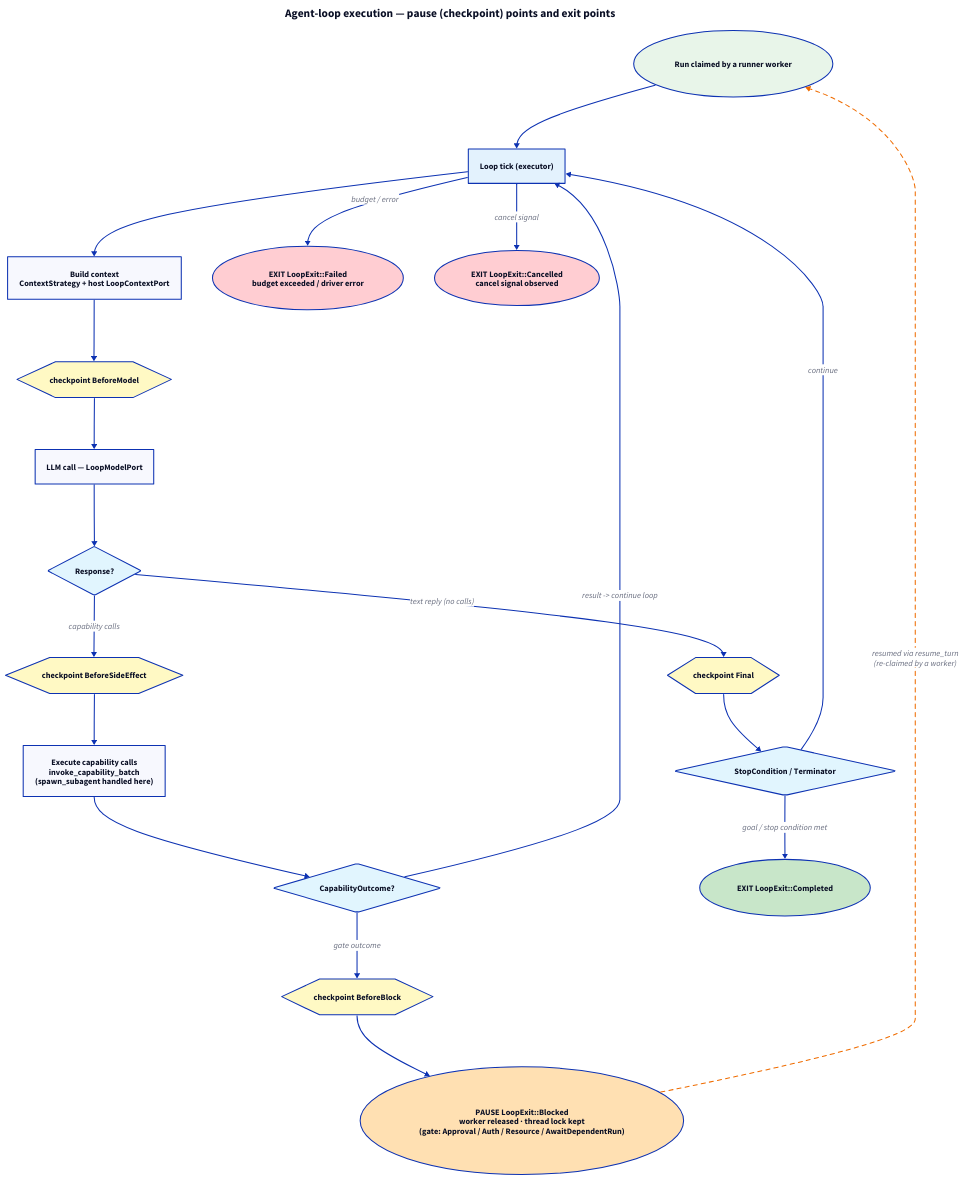
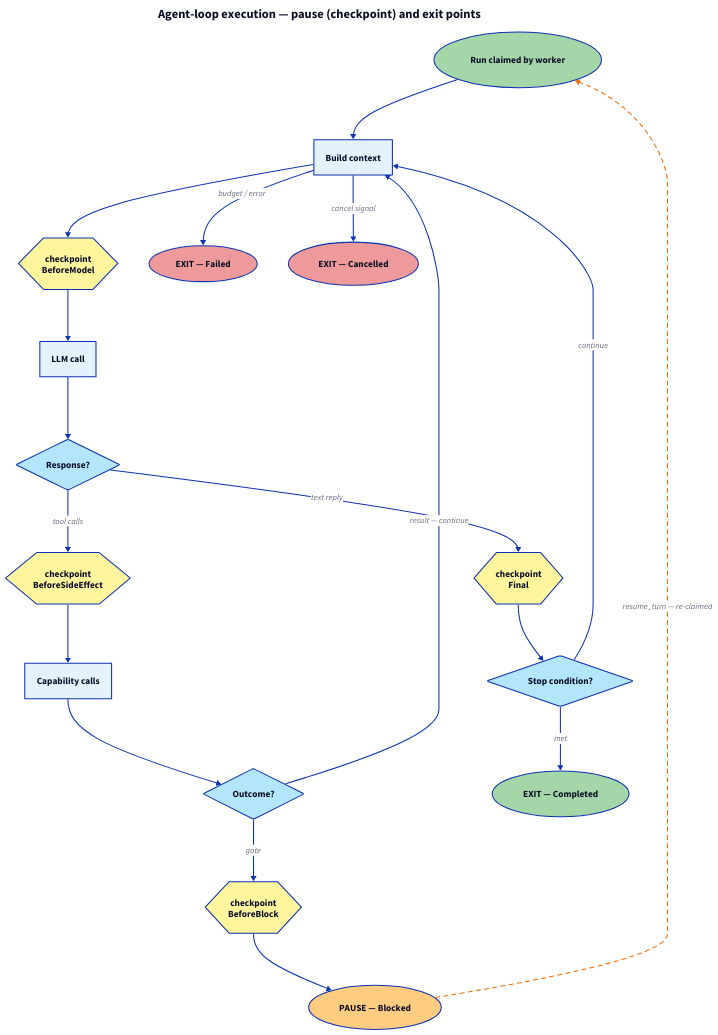
Before and after one commit to nearai/ironclaw: the diagram in docs/reborn/subagent-spawn/diagrams/loop-execution.d2, drawn with D2. The commit also changed 3 other files, not shown here.

First line of the commit message:
docs(reborn): re-render loop-execution and blocking-lifecycle with ELK

```diff
--- a/docs/reborn/subagent-spawn/diagrams/loop-execution.d2
+++ b/docs/reborn/subagent-spawn/diagrams/loop-execution.d2
@@ -1,87 +1,79 @@
-# Agent-loop execution — checkpoint (pause) and exit points. Render: d2 loop-execution.d2 loop-execution.svg
+# Agent-loop execution — checkpoint (pause) and exit points. Render: d2 --layout elk loop-execution.d2 loop-execution.svg
 direction: down
 
-title: "Agent-loop execution — pause (checkpoint) points and exit points" {
+classes: {
+  checkpoint: {
+    shape: hexagon
+    style.fill: "#fff59d"
+    style.font-size: 18
+  }
+  decision: {
+    shape: diamond
+    style.fill: "#b3e5fc"
+    style.font-size: 18
+  }
+  step: {
+    style.fill: "#e3f2fd"
+    style.font-size: 18
+  }
+  exitok: {
+    shape: oval
+    style.fill: "#a5d6a7"
+    style.font-size: 18
+  }
+  exitpause: {
+    shape: oval
+    style.fill: "#ffcc80"
+    style.font-size: 18
+  }
+  exitbad: {
+    shape: oval
+    style.fill: "#ef9a9a"
+    style.font-size: 18
+  }
+}
+
+title: "Agent-loop execution — pause (checkpoint) and exit points" {
   near: top-center
   shape: text
-  style.font-size: 22
+  style.font-size: 24
   style.bold: true
 }
 
-start: "Run claimed by a runner worker" {
-  shape: oval
-  style.fill: "#e8f5e9"
+start: "Run claimed by worker" {class: exitok}
+ctx: "Build context" {class: step}
+cpm: "checkpoint\nBeforeModel" {class: checkpoint}
+model: "LLM call" {class: step}
+resp: "Response?" {class: decision}
+cps: "checkpoint\nBeforeSideEffect" {class: checkpoint}
+caps: "Capability calls" {class: step}
+out: "Outcome?" {class: decision}
+cpb: "checkpoint\nBeforeBlock" {class: checkpoint}
+stop: "Stop condition?" {class: decision}
+cpf: "checkpoint\nFinal" {class: checkpoint}
+
+done: "EXIT — Completed" {class: exitok}
+blocked: "PAUSE — Blocked" {class: exitpause}
+failed: "EXIT — Failed" {class: exitbad}
+cancelled: "EXIT — Cancelled" {class: exitbad}
+
+start -> ctx
+ctx -> cpm
+cpm -> model
+model -> resp
+resp -> cpf: "text reply"
+resp -> cps: "tool calls"
+cps -> caps
+caps -> out
+out -> ctx: "result — continue"
+out -> cpb: "gate"
+cpb -> blocked
+cpf -> stop
+stop -> done: "met"
+stop -> ctx: "continue"
+ctx -> failed: "budget / error"
+ctx -> cancelled: "cancel signal"
+blocked -> start: "resume_turn — re-claimed" {
+  style.stroke: "#ef6c00"
+  style.stroke-dash: 4
 }
-tick: "Loop tick (executor)" {
-  style.fill: "#e3f2fd"
-}
-ctx: "Build context\nContextStrategy + host LoopContextPort"
-cp_model: "checkpoint BeforeModel" {
-  shape: hexagon
-  style.fill: "#fff9c4"
-}
-model: "LLM call — LoopModelPort"
-decide: "Response?" {
-  shape: diamond
-  style.fill: "#e1f5fe"
-}
-cp_side: "checkpoint BeforeSideEffect" {
-  shape: hexagon
-  style.fill: "#fff9c4"
-}
-caps: "Execute capability calls\ninvoke_capability_batch\n(spawn_subagent handled here)"
-outcome: "CapabilityOutcome?" {
-  shape: diamond
-  style.fill: "#e1f5fe"
-}
-cp_block: "checkpoint BeforeBlock" {
-  shape: hexagon
-  style.fill: "#fff9c4"
-}
-term: "StopCondition / Terminator" {
-  shape: diamond
-  style.fill: "#e1f5fe"
-}
-cp_final: "checkpoint Final" {
-  shape: hexagon
-  style.fill: "#fff9c4"
-}
-
-exit_done: "EXIT  LoopExit::Completed" {
-  shape: oval
-  style.fill: "#c8e6c9"
-}
-exit_block: "PAUSE  LoopExit::Blocked\nworker released · thread lock kept\n(gate: Approval / Auth / Resource / AwaitDependentRun)" {
-  shape: oval
-  style.fill: "#ffe0b2"
-}
-exit_fail: "EXIT  LoopExit::Failed\nbudget exceeded / driver error" {
-  shape: oval
-  style.fill: "#ffcdd2"
-}
-exit_cancel: "EXIT  LoopExit::Cancelled\ncancel signal observed" {
-  shape: oval
-  style.fill: "#ffcdd2"
-}
-
-start -> tick
-tick -> ctx
-ctx -> cp_model
-cp_model -> model
-model -> decide
-decide -> cp_final: "text reply (no calls)"
-decide -> cp_side: "capability calls"
-cp_side -> caps
-caps -> outcome
-outcome -> tick: "result -> continue loop"
-outcome -> cp_block: "gate outcome"
-cp_block -> exit_block
-cp_final -> term
-term -> exit_done: "goal / stop condition met"
-term -> tick: "continue"
-tick -> exit_fail: "budget / error"
-tick -> exit_cancel: "cancel signal"
-exit_block -> start: "resumed via resume_turn\n(re-claimed by a worker)" {
-  style.stroke-dash: 4
-  style.stroke: "#ef6c00"
-}
```
